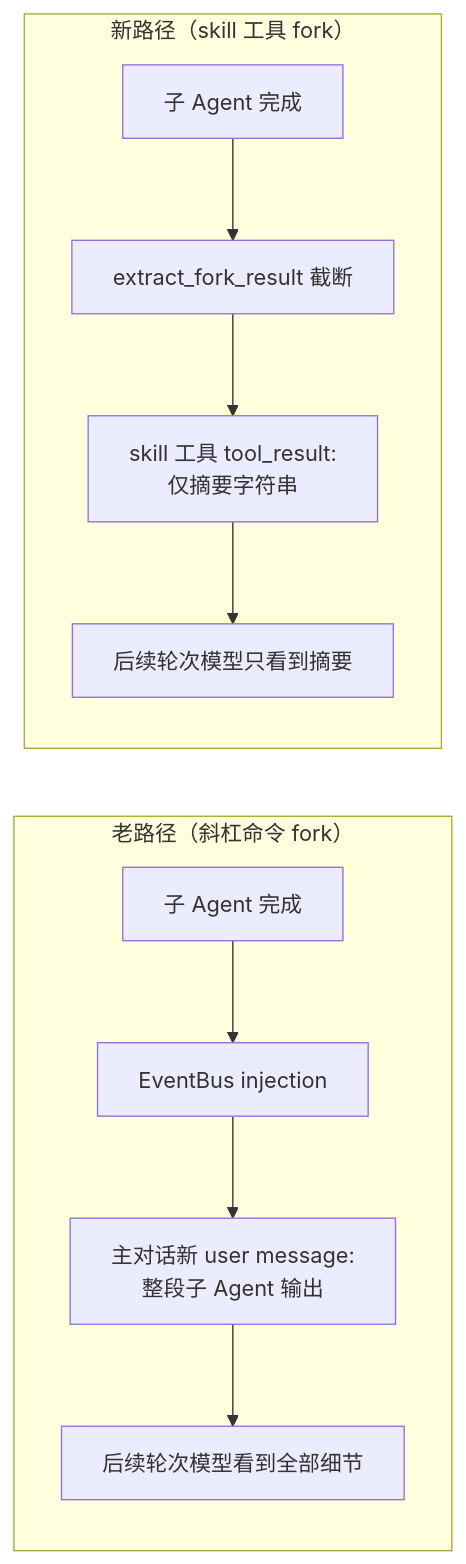
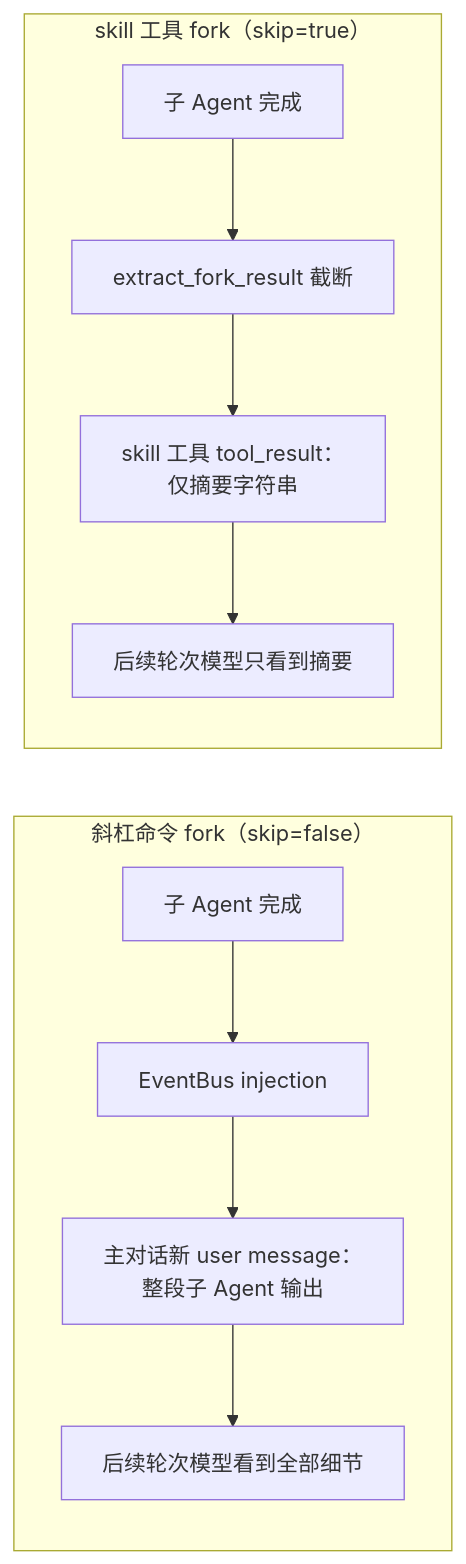
One commit to shiwenwen/hope-agent changed the eighth of 19 diagrams in docs/architecture/skill-system.md. Above: the diagram before and after it, drawn with Mermaid. The commit also changed other lines of this file, not shown here.

First line of the commit message:
🦭docs: 巨无霸 skill-system（2123 行）按新标准重做

````diff
--- a/docs/architecture/skill-system.md
+++ b/docs/architecture/skill-system.md
@@ -728,17 +680,15 @@
 ```mermaid
 flowchart LR
-    subgraph OLD["老路径（斜杠命令 fork）"]
+    subgraph 斜杠["斜杠命令 fork（skip=false）"]
         direction TB
         A1[子 Agent 完成] --> A2[EventBus injection]
-        A2 --> A3[主对话新 user message:<br/>整段子 Agent 输出]
+        A2 --> A3["主对话新 user message：<br/>整段子 Agent 输出"]
         A3 --> A4[后续轮次模型看到全部细节]
     end
-
-    subgraph NEW["新路径（skill 工具 fork）"]
+    subgraph 工具["skill 工具 fork（skip=true）"]
         direction TB
         B1[子 Agent 完成] --> B2[extract_fork_result 截断]
-        B2 --> B3[skill 工具 tool_result:<br/>仅摘要字符串]
+        B2 --> B3["skill 工具 tool_result：<br/>仅摘要字符串"]
         B3 --> B4[后续轮次模型只看到摘要]
     end
-
 ```
````
